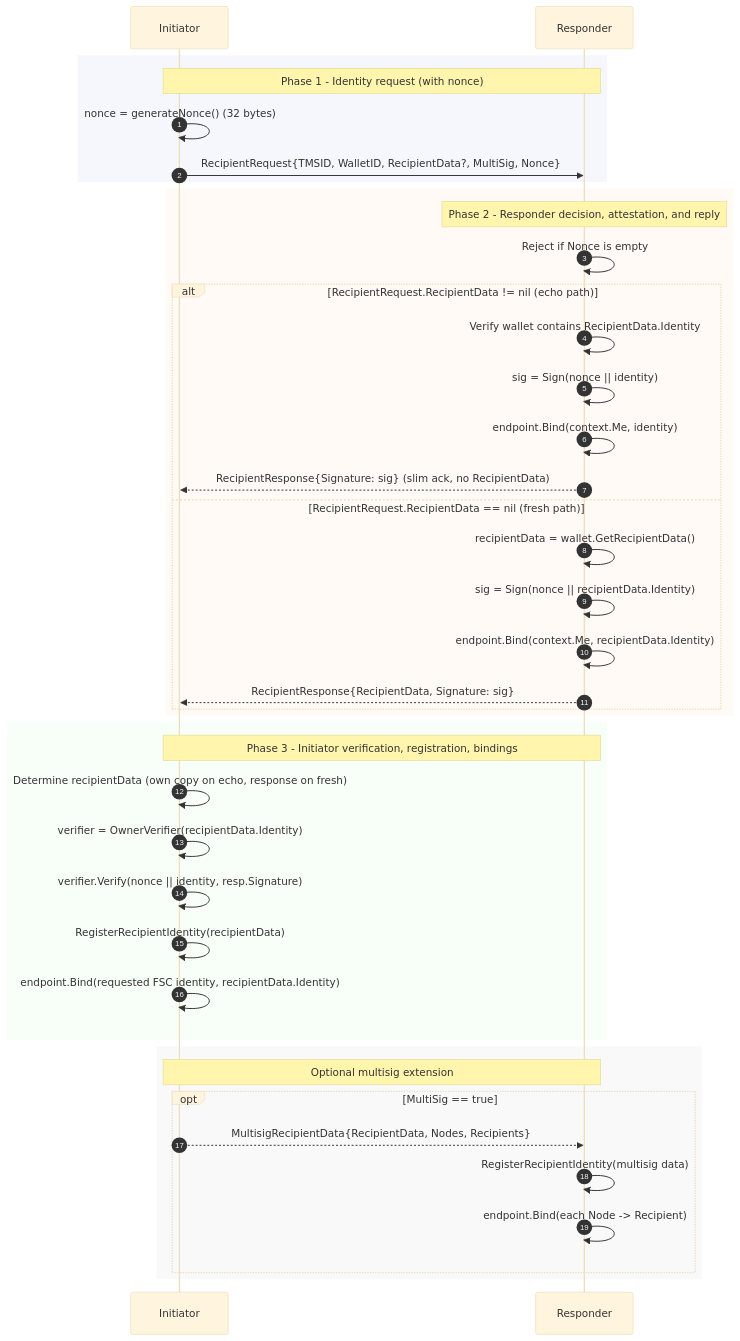
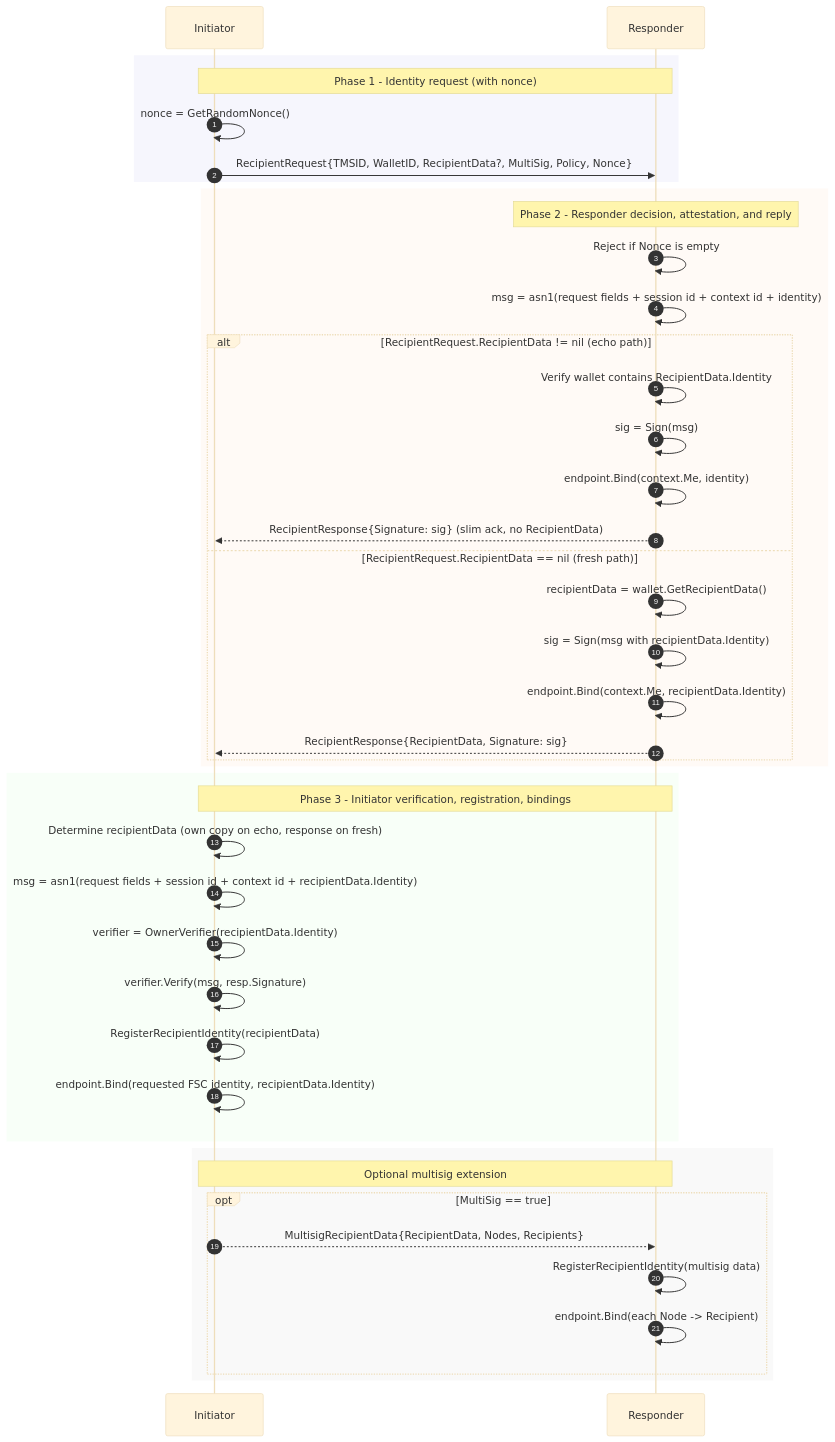
One commit to hyperledger-labs/fabric-token-sdk changed the second of 9 diagrams in docs/services/ttx.md. Above: the diagram before and after it, drawn with Mermaid (base theme). The commit also changed other lines of this file and 5 other files, not shown here.

First line of the commit message:
feat(ttx): sign request-bound ASN.1 attestation for recipient identities

````diff
--- a/docs/services/ttx.md
+++ b/docs/services/ttx.md
@@ -91,46 +91,48 @@
 ```mermaid
 sequenceDiagram
     autonumber
     participant I as Initiator
     participant R as Responder
 
     rect rgba(230, 230, 250, 0.35)
         Note over I,R: Phase 1 - Identity request (with nonce)
-        I->>I: nonce = generateNonce() (32 bytes)
-        I->>R: RecipientRequest{TMSID, WalletID, RecipientData?, MultiSig, Nonce}
+        I->>I: nonce = GetRandomNonce()
+        I->>R: RecipientRequest{TMSID, WalletID, RecipientData?, MultiSig, Policy, Nonce}
     end
 
     rect rgba(255, 245, 238, 0.5)
         Note over R: Phase 2 - Responder decision, attestation, and reply
         R->>R: Reject if Nonce is empty
+        R->>R: msg = asn1(request fields + session id + context id + identity)
         alt RecipientRequest.RecipientData != nil (echo path)
             R->>R: Verify wallet contains RecipientData.Identity
-            R->>R: sig = Sign(nonce || identity)
+            R->>R: sig = Sign(msg)
             R->>R: endpoint.Bind(context.Me, identity)
             R-->>I: RecipientResponse{Signature: sig} (slim ack, no RecipientData)
         else RecipientRequest.RecipientData == nil (fresh path)
             R->>R: recipientData = wallet.GetRecipientData()
-            R->>R: sig = Sign(nonce || recipientData.Identity)
+            R->>R: sig = Sign(msg with recipientData.Identity)
             R->>R: endpoint.Bind(context.Me, recipientData.Identity)
             R-->>I: RecipientResponse{RecipientData, Signature: sig}
         end
     end
 
     rect rgba(240, 255, 240, 0.45)
         Note over I,R: Phase 3 - Initiator verification, registration, bindings
         I->>I: Determine recipientData (own copy on echo, response on fresh)
+        I->>I: msg = asn1(request fields + session id + context id + recipientData.Identity)
         I->>I: verifier = OwnerVerifier(recipientData.Identity)
-        I->>I: verifier.Verify(nonce || identity, resp.Signature)
+        I->>I: verifier.Verify(msg, resp.Signature)
         I->>I: RegisterRecipientIdentity(recipientData)
         I->>I: endpoint.Bind(requested FSC identity, recipientData.Identity)
     end
 
     rect rgba(245, 245, 245, 0.55)
         Note over I,R: Optional multisig extension
         opt MultiSig == true
             I-->>R: MultisigRecipientData{RecipientData, Nodes, Recipients}
             R->>R: RegisterRecipientIdentity(multisig data)
             R->>R: endpoint.Bind(each Node -> Recipient)
         end
     end
 ```
````
